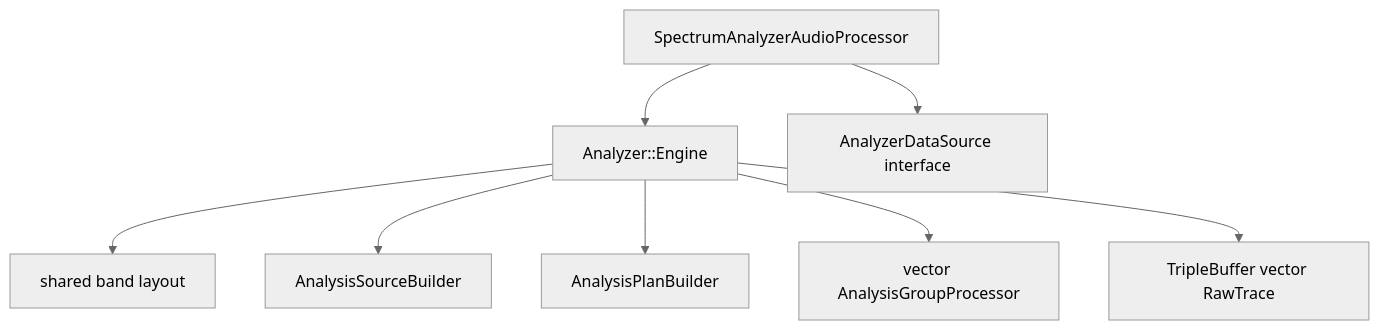
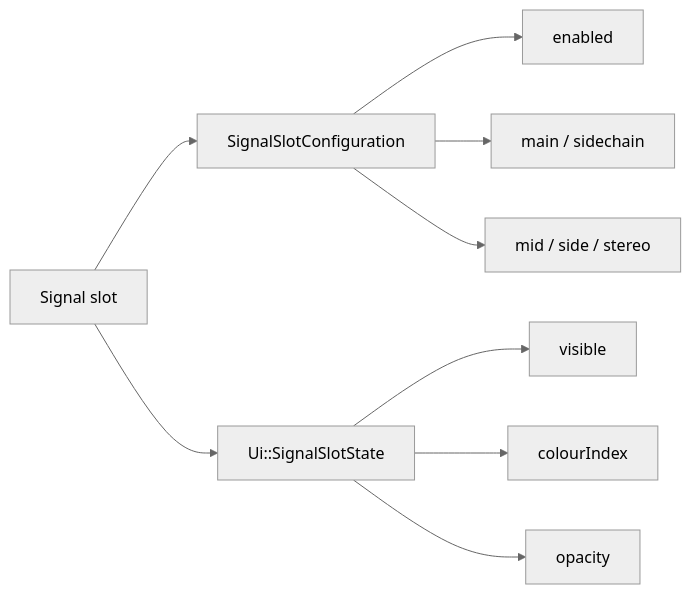
One commit to Silenterc/Band-Spectrum-Analyzer changed the fourth of 8 diagrams in docs/audio-processing-architecture.md. Above: the diagram before and after it, drawn with Mermaid (neutral theme). The commit also changed other lines of this file and 49 other files, not shown here.

````diff
--- a/docs/audio-processing-architecture.md
+++ b/docs/audio-processing-architecture.md
@@ -65,10 +89,12 @@
 ```mermaid
-flowchart TD
-    Processor[SpectrumAnalyzerAudioProcessor] --> Engine[Analyzer::Engine]
-    Processor --> DataSource[AnalyzerDataSource interface]
-    Engine --> BandInfo[shared band layout]
-    Engine --> SourceBuilder[AnalysisSourceBuilder]
-    Engine --> PlanBuilder[AnalysisPlanBuilder]
-    Engine --> Processors[vector AnalysisGroupProcessor]
-    Engine --> Published[TripleBuffer vector RawTrace]
+flowchart LR
+    Slot[Signal slot] --> Config[SignalSlotConfiguration]
+    Config --> Enabled[enabled]
+    Config --> Source[main / sidechain]
+    Config --> Mode[mid / side / stereo]
+
+    Slot --> UiState[Ui::SignalSlotState]
+    UiState --> Visible[visible]
+    UiState --> Colour[colourIndex]
+    UiState --> Opacity[opacity]
 ```
````
